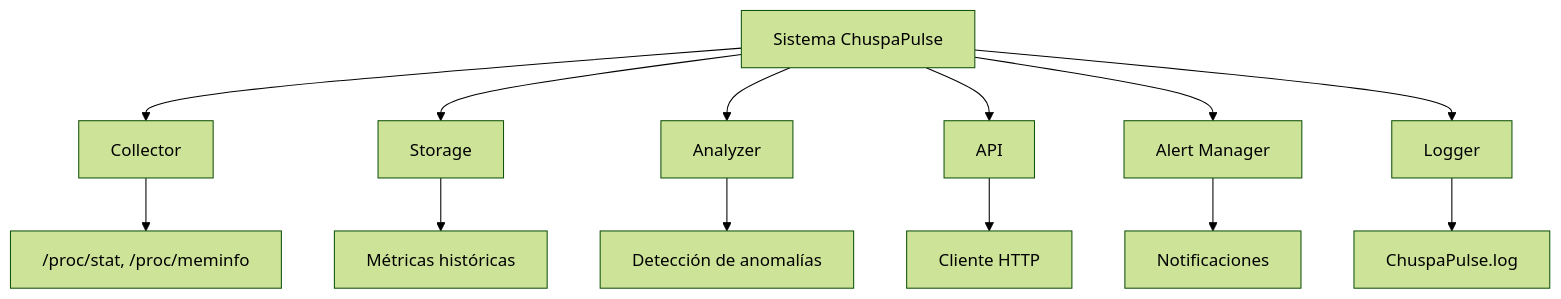
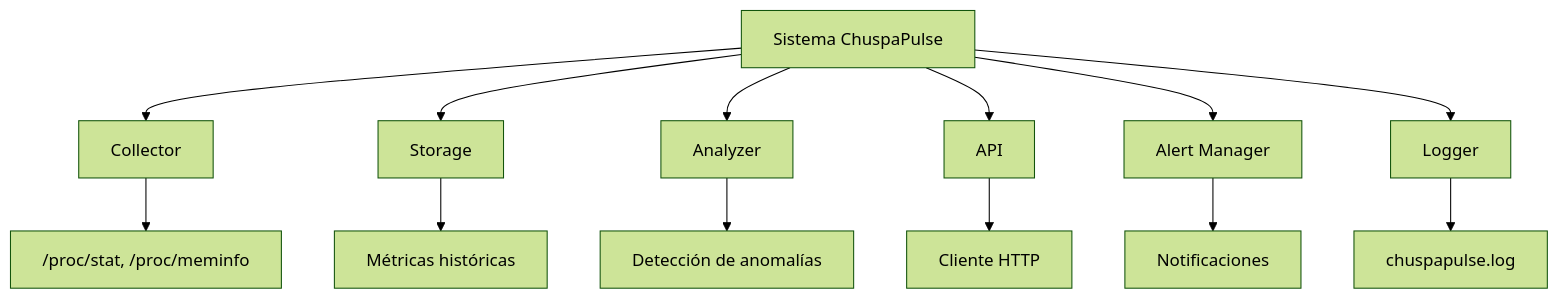
One commit to sis-inf/ChuspaPulse changed the first of 2 diagrams in docs/arquitectura.md. Above: the diagram before and after it, drawn with Mermaid (forest theme).

Commit message:
docs(referencias): usar chuspapulse.log en minúsculas en arquitectura.md

````diff
--- a/docs/arquitectura.md
+++ b/docs/arquitectura.md
@@ -19,16 +19,16 @@
 ```mermaid
 graph TD
     A[Sistema ChuspaPulse] --> B[Collector]
     A --> C[Storage]
     A --> D[Analyzer]
     A --> E[API]
     A --> F[Alert Manager]
     A --> G[Logger]
 
     B --> H["/proc/stat, /proc/meminfo"]
     C --> I["Métricas históricas"]
     D --> J["Detección de anomalías"]
     E --> K[Cliente HTTP]
     F --> L[Notificaciones]
-    G --> M[ChuspaPulse.log]
+    G --> M[chuspapulse.log]
 ```
````
